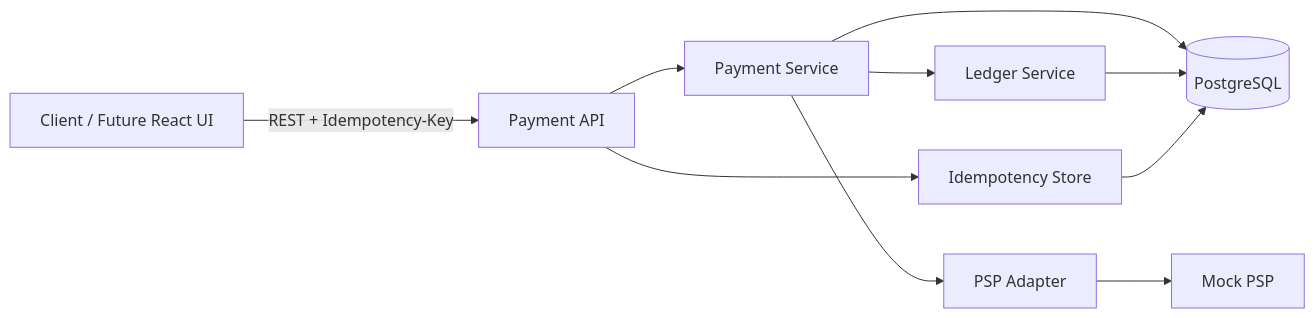
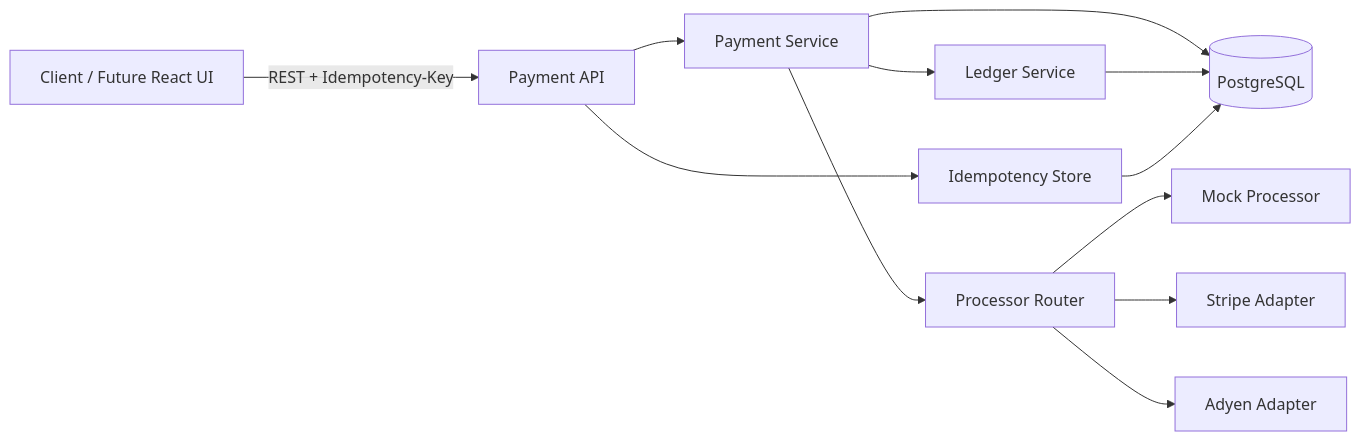
One commit to kagarwaltech-sys/payment-platform-poc changed the first of 3 diagrams in payment-platform-poc-docs/payment-platform-poc/docs/01-system-overview.md. Above: the diagram before and after it, drawn with Mermaid. The commit also changed other lines of this file and 9 other files, not shown here.

````diff
--- a/payment-platform-poc-docs/payment-platform-poc/docs/01-system-overview.md
+++ b/payment-platform-poc-docs/payment-platform-poc/docs/01-system-overview.md
@@ -9,12 +9,14 @@
 ```mermaid
 flowchart LR
     C[Client / Future React UI] -->|REST + Idempotency-Key| API[Payment API]
     API --> IDEM[Idempotency Store]
     API --> PS[Payment Service]
-    PS --> PSP[PSP Adapter]
-    PSP --> MOCK[Mock PSP]
+    PS --> ROUTER[Processor Router]
+    ROUTER --> MOCK[Mock Processor]
+    ROUTER --> STRIPE[Stripe Adapter]
+    ROUTER --> ADYEN[Adyen Adapter]
     PS --> LEDGER[Ledger Service]
     PS --> DB[(PostgreSQL)]
     LEDGER --> DB
     IDEM --> DB
 ```
````
